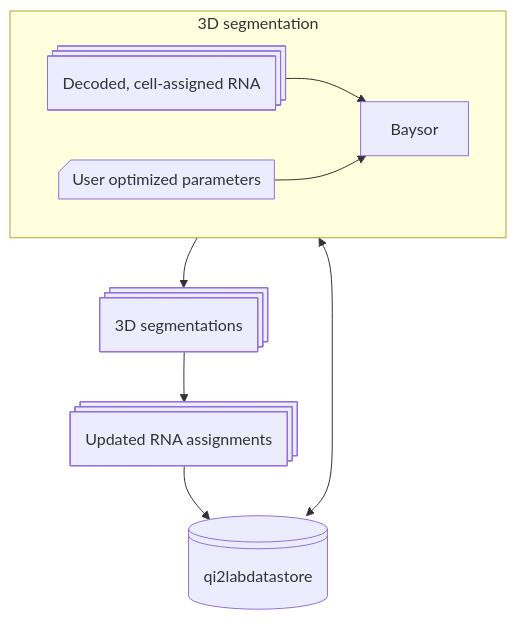
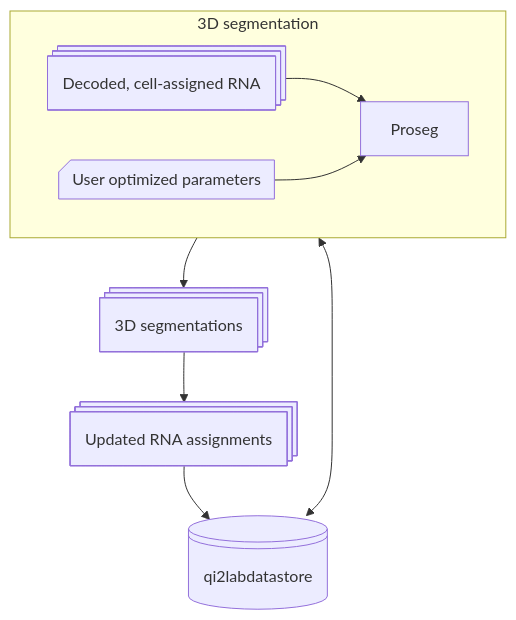
Before and after one commit to QI2lab/merfish3d-analysis: the sixth of 6 diagrams in docs/workflow.md, drawn with Mermaid. The commit also changed other lines of this file and 19 other files, not shown here.

````diff
--- a/docs/workflow.md
+++ b/docs/workflow.md
@@ -176,24 +190,24 @@
 ```mermaid
 %%{init: { "theme": "default", "themeVariables": { "htmlLabels": true, "curve": "linear", "layout": "elk" } } }%%
 flowchart TD
  subgraph s1["3D segmentation"]
     n3["Decoded, cell-assigned RNA"]
-    n4["Baysor"]
+    n4["Proseg"]
     n6["User optimized parameters"]
  end
  n1["qi2labdatastore"]
  n2["3D segmentations"]
  n5["Updated RNA assignments"]
 
     s1 <--> n1
     n3 --> n4
     n6 --> n4
     s1 --> n2
     n2 --> n5
     n5 --> n1
     n1@{ shape: lin-cyl}
     n2@{ shape: procs}
     n3@{ shape: procs}
     n5@{ shape: procs}
     n6@{ shape: notch-rect}
 ```
````
